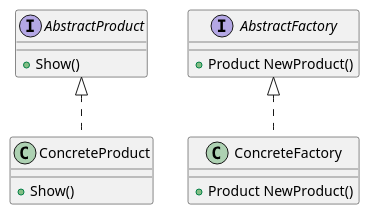
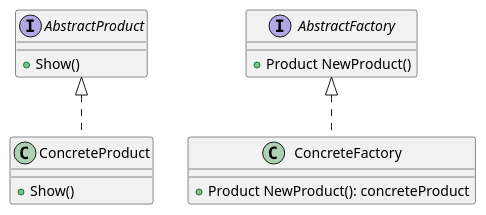
Before and after one commit to muliniao/golang-design-pattern: the diagram in 04_factory_method/factory_method.puml, drawn with PlantUML. The commit also changed 7 other files, not shown here.

```diff
--- a/04_factory_method/factory_method.puml
+++ b/04_factory_method/factory_method.puml
@@ -1,23 +1,23 @@
 @startuml
 'https://plantuml.com/class-diagram
 
 interface AbstractProduct {
 + Show()
 }
 
 class ConcreteProduct {
 + Show()
 }
 
 interface AbstractFactory {
 + Product NewProduct()
 }
 
 class ConcreteFactory {
-+ Product NewProduct()
++ Product NewProduct(): concreteProduct
 }
 
 AbstractProduct <|.. ConcreteProduct
 AbstractFactory <|.. ConcreteFactory
 
 @enduml
```
